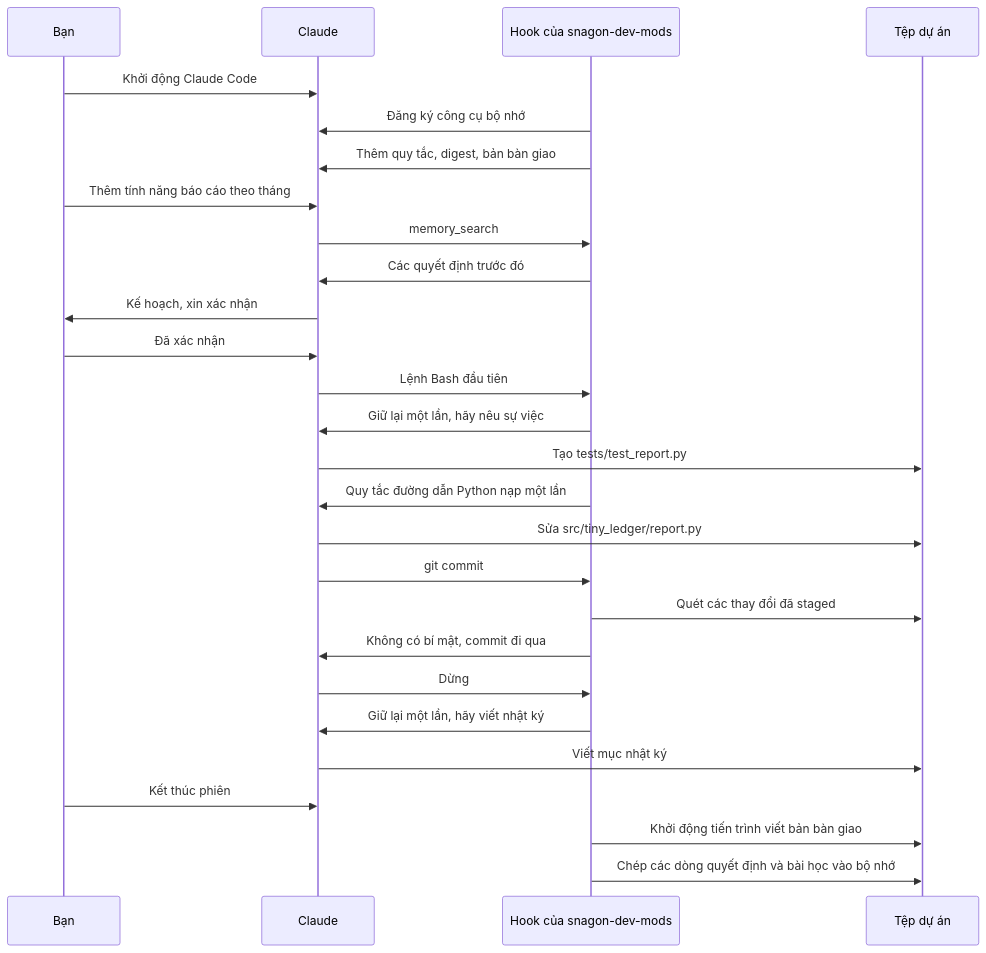
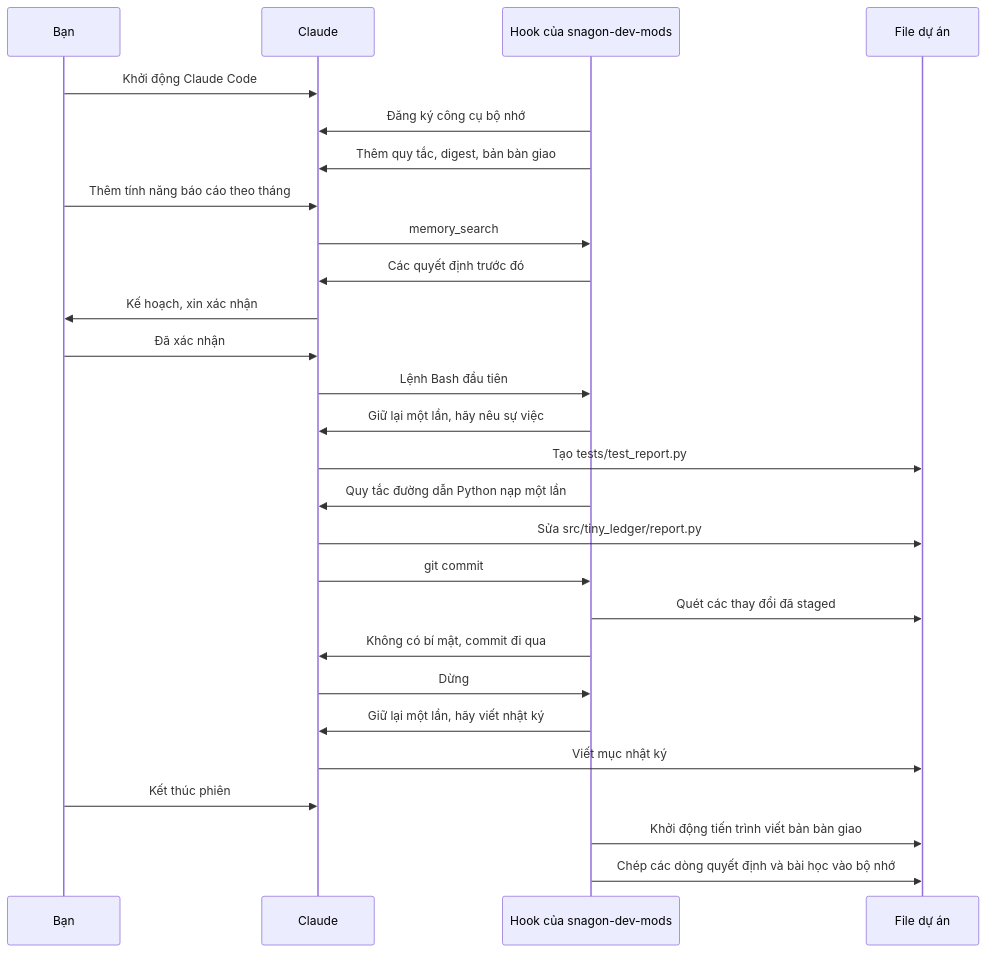
The second of 3 diagrams in docs/vi/workflow.md (phantanphatdgteam-gif/snagon-dev-mods), drawn with Mermaid before and after one commit. The commit also changed other lines of this file and 10 other files, not shown here.

````diff
--- a/docs/vi/workflow.md
+++ b/docs/vi/workflow.md
@@ -135,29 +137,29 @@
 ```mermaid
 sequenceDiagram
   participant You as Bạn
   participant Claude
   participant Hooks as Hook của snagon-dev-mods
-  participant Files as Tệp dự án
+  participant Files as File dự án
   You->>Claude: Khởi động Claude Code
   Hooks->>Claude: Đăng ký công cụ bộ nhớ
   Hooks->>Claude: Thêm quy tắc, digest, bản bàn giao
   You->>Claude: Thêm tính năng báo cáo theo tháng
   Claude->>Hooks: memory_search
   Hooks->>Claude: Các quyết định trước đó
   Claude->>You: Kế hoạch, xin xác nhận
   You->>Claude: Đã xác nhận
   Claude->>Hooks: Lệnh Bash đầu tiên
   Hooks->>Claude: Giữ lại một lần, hãy nêu sự việc
   Claude->>Files: Tạo tests/test_report.py
   Hooks->>Claude: Quy tắc đường dẫn Python nạp một lần
   Claude->>Files: Sửa src/tiny_ledger/report.py
   Claude->>Hooks: git commit
   Hooks->>Files: Quét các thay đổi đã staged
   Hooks->>Claude: Không có bí mật, commit đi qua
   Claude->>Hooks: Dừng
   Hooks->>Claude: Giữ lại một lần, hãy viết nhật ký
   Claude->>Files: Viết mục nhật ký
   You->>Claude: Kết thúc phiên
   Hooks->>Files: Khởi động tiến trình viết bản bàn giao
   Hooks->>Files: Chép các dòng quyết định và bài học vào bộ nhớ
 ```
````
